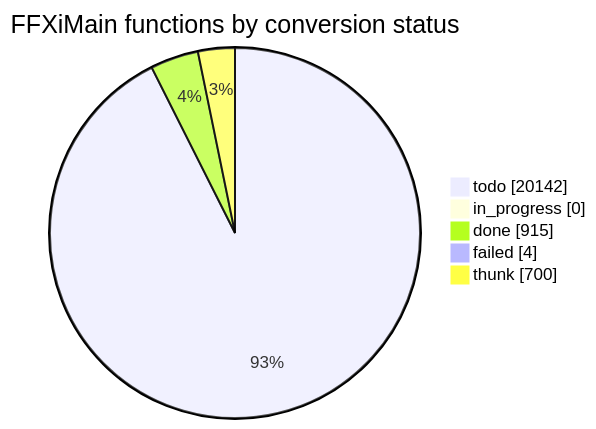
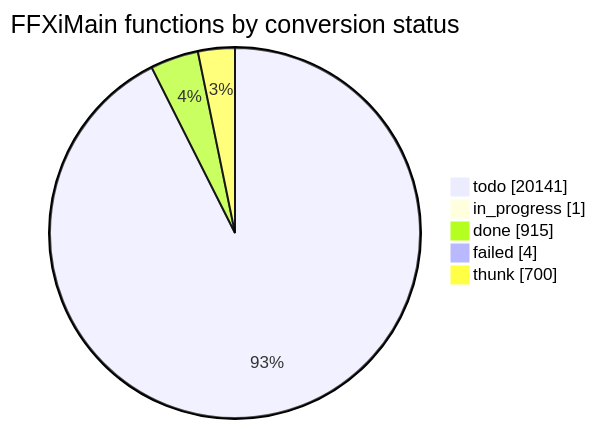
The diagram in docs/cow/STATUS.md (cowrevenge/cow_kuluu_xi_anything), drawn with Mermaid before and after one commit. The commit also changed other lines of this file and 7 other files, not shown here.

````diff
--- a/docs/cow/STATUS.md
+++ b/docs/cow/STATUS.md
@@ -18,9 +18,9 @@
 ```mermaid
 pie showData
     title FFXiMain functions by conversion status
-    "todo" : 20142
-    "in_progress" : 0
+    "todo" : 20141
+    "in_progress" : 1
     "done" : 915
     "failed" : 4
     "thunk" : 700
 ```
````
